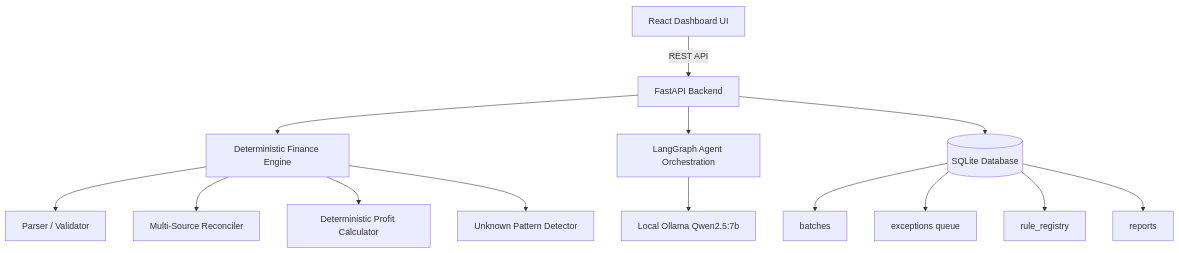
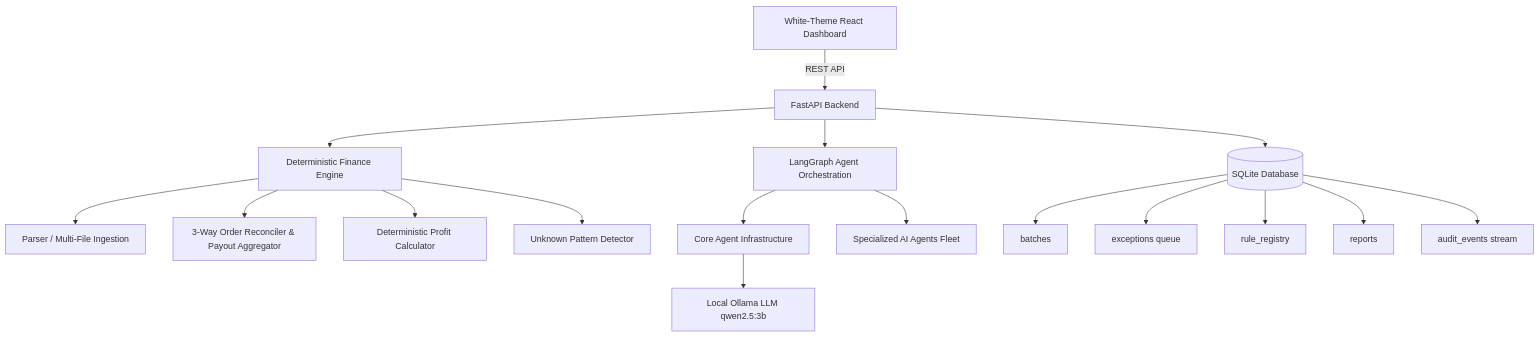
One commit to hateem72/reconup-v1 changed the first of 2 diagrams in README.md. Above: the diagram before and after it, drawn with Mermaid. The commit also changed other lines of this file and 1 other file, not shown here.

Commit message:
docs: update README.md and architecture.md with modular agent sub-package layout, multi-file ingestion, and 3-way reconciliation engine

````diff
--- a/README.md
+++ b/README.md
@@ -22,19 +22,23 @@
 ```mermaid
 graph TD
-    UI[React Dashboard UI] -->|REST API| FastAPI[FastAPI Backend]
+    UI[White-Theme React Dashboard] -->|REST API| FastAPI[FastAPI Backend]
     FastAPI --> Engine[Deterministic Finance Engine]
     FastAPI --> LangGraph[LangGraph Agent Orchestration]
     
-    Engine --> Parser[Parser / Validator]
-    Engine --> Reconciler[Multi-Source Reconciler]
+    Engine --> Parser[Parser / Multi-File Ingestion]
+    Engine --> Reconciler[3-Way Order Reconciler & Payout Aggregator]
     Engine --> ProfitCalc[Deterministic Profit Calculator]
     Engine --> Detector[Unknown Pattern Detector]
     
-    LangGraph --> Ollama[Local Ollama Qwen2.5:7b]
+    LangGraph --> Core[Core Agent Infrastructure]
+    LangGraph --> Agents[Specialized AI Agents Fleet]
+    
+    Core --> Ollama[Local Ollama LLM qwen2.5:3b]
     
     FastAPI --> DB[(SQLite Database)]
     DB --> Batches[batches]
     DB --> Exceptions[exceptions queue]
     DB --> Rules[rule_registry]
     DB --> Reports[reports]
+    DB --> Audit[audit_events stream]
 ```
````
